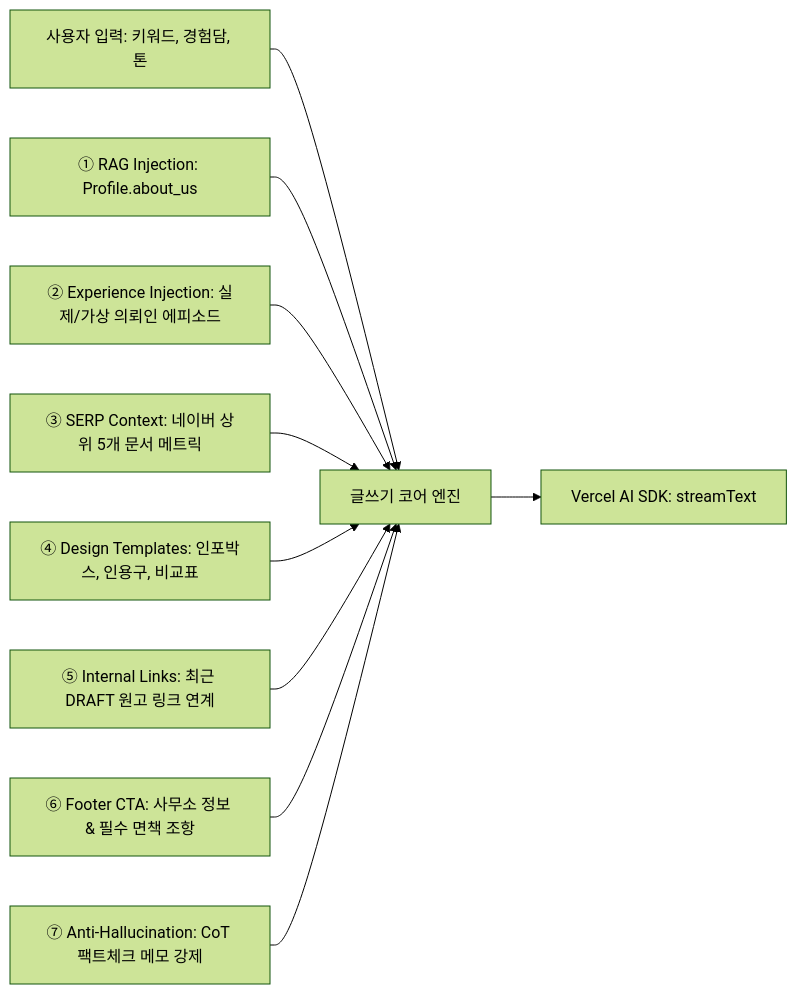
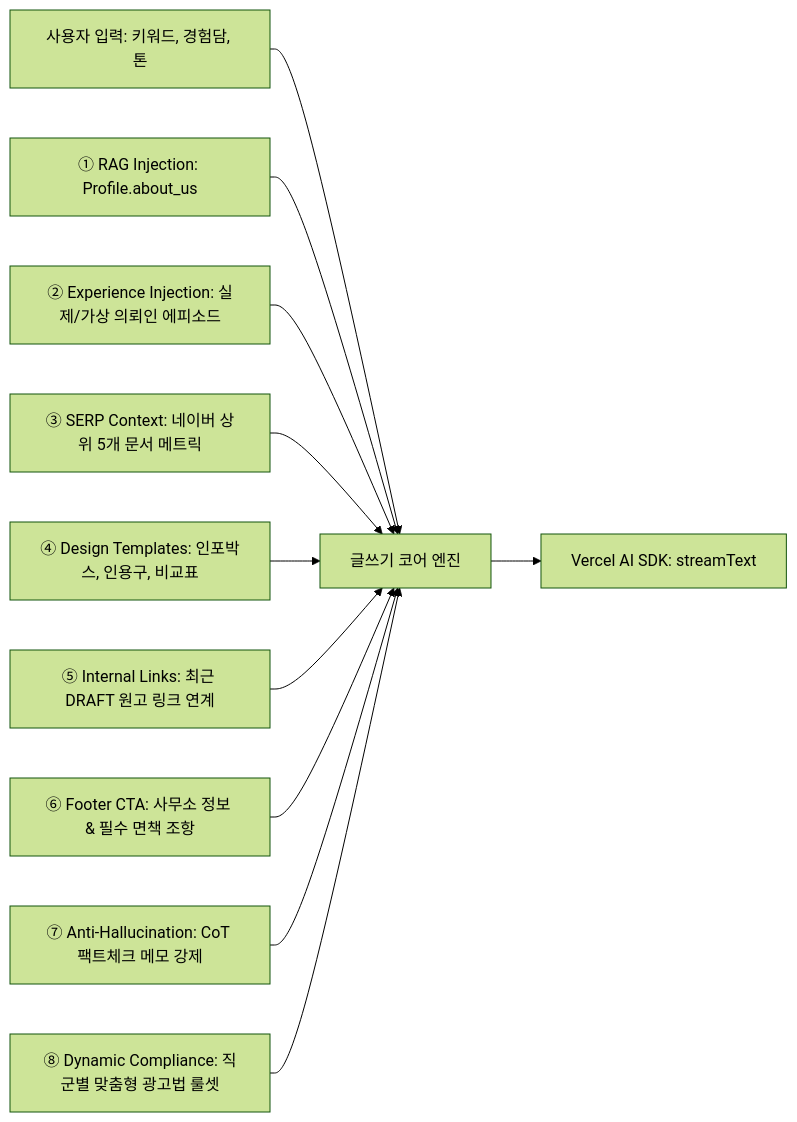
Before and after one commit to bbu99054-a11y/naver-saas: the fifth of 6 diagrams in DETAILED_ARCHITECTURE.md, drawn with Mermaid (forest theme). The commit also changed other lines of this file and 2 other files, not shown here.

Commit message:
feat(engine): upgrade write engine with 5-step Skeleton-of-Thought, APB Hook, and dynamic compliance injection

````diff
--- a/DETAILED_ARCHITECTURE.md
+++ b/DETAILED_ARCHITECTURE.md
@@ -300,12 +300,13 @@
 ```mermaid
 graph LR
     P[사용자 입력: 키워드, 경험담, 톤] --> Core[글쓰기 코어 엔진]
     R1[① RAG Injection: Profile.about_us] --> Core
     R2[② Experience Injection: 실제/가상 의뢰인 에피소드] --> Core
     R3[③ SERP Context: 네이버 상위 5개 문서 메트릭] --> Core
     R4[④ Design Templates: 인포박스, 인용구, 비교표] --> Core
     R5[⑤ Internal Links: 최근 DRAFT 원고 링크 연계] --> Core
     R6[⑥ Footer CTA: 사무소 정보 & 필수 면책 조항] --> Core
     R7[⑦ Anti-Hallucination: CoT 팩트체크 메모 강제] --> Core
+    R8[⑧ Dynamic Compliance: 직군별 맞춤형 광고법 룰셋] --> Core
     Core --> LLM[Vercel AI SDK: streamText]
 ```
````
